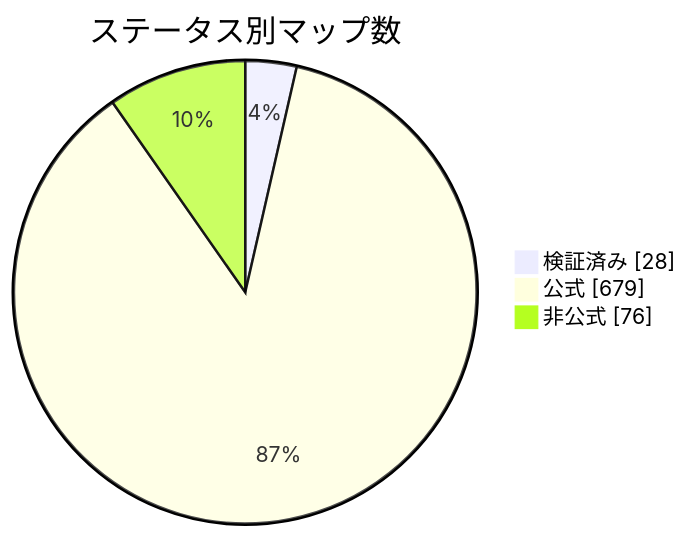
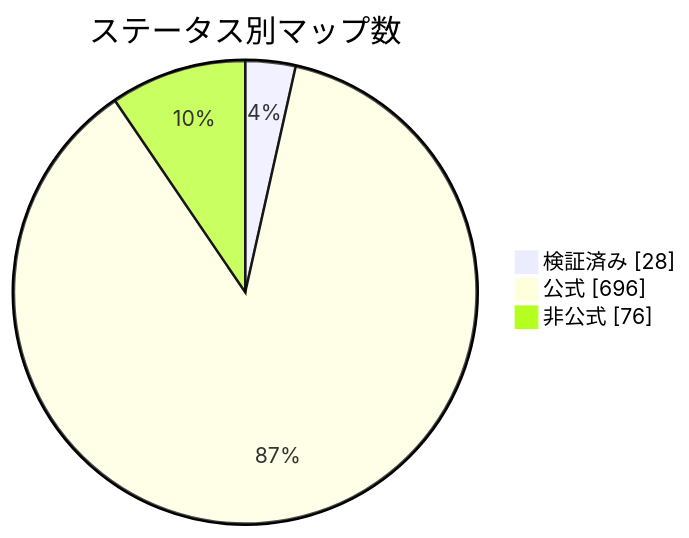
Before and after one commit to nobrega8/mbmap-library: the diagram in docs/readme/README_JP.md, drawn with Mermaid. The commit also changed 22 other files, not shown here.

````diff
--- a/docs/readme/README_JP.md
+++ b/docs/readme/README_JP.md
@@ -54,7 +54,7 @@
 ```mermaid
 pie showData
     title ステータス別マップ数
     "検証済み" : 28
-    "公式" : 679
+    "公式" : 696
     "非公式" : 76
 ```
````
